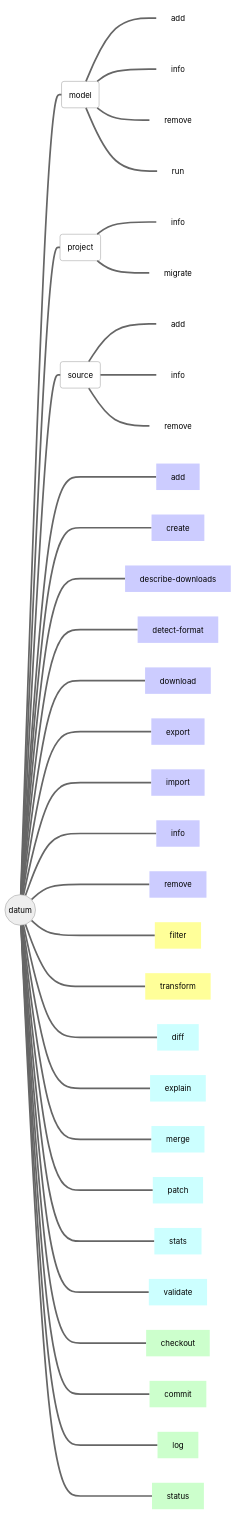
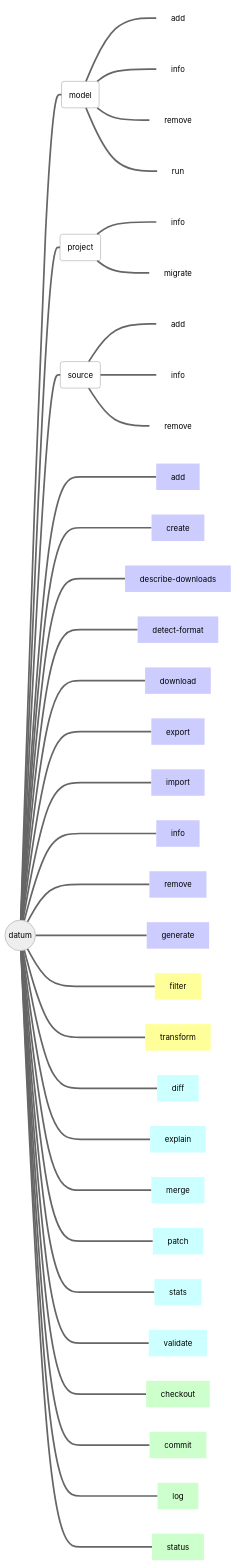
The diagram in site/content/en/docs/user-manual/command-reference/_index.md (openvinotoolkit/datumaro), drawn with Mermaid before and after one commit. The commit also changed 1 other file, not shown here.

````diff
--- a/site/content/en/docs/user-manual/command-reference/_index.md
+++ b/site/content/en/docs/user-manual/command-reference/_index.md
@@ -10,49 +10,50 @@
 ```mermaid
 %%{init { 'theme':'neutral' }}%%
 flowchart LR
   d(("#0009; datum #0009;")):::mainclass
   m(model):::nofillclass
   p(project):::nofillclass
   s(source):::nofillclass
 
   d===m
     m===m_add[add]:::hideclass
     m===m_info[info]:::hideclass
     m===m_remove[remove]:::hideclass
     m===m_run[run]:::hideclass
   d===p
     p===p_info[info]:::hideclass
     p===p_migrate[migrate]:::hideclass
   d===s
     s===s_add[add]:::hideclass
     s===s_info[info]:::hideclass
     s===s_remove[remove]:::hideclass
   d====_add[add]:::filloneclass
   d====_create[create]:::filloneclass
   d====_describe_downloads[describe-downloads]:::filloneclass
   d====_detect_format[detect-format]:::filloneclass
   d====_download[download]:::filloneclass
   d====_export[export]:::filloneclass
   d====_import[import]:::filloneclass
   d====_info[info]:::filloneclass
   d====_remove[remove]:::filloneclass
+  d====_generate[generate]:::filloneclass
   d====_filter[filter]:::filltwoclass
   d====_transform[transform]:::filltwoclass
   d====_diff[diff]:::fillthreeclass
   d====_explain[explain]:::fillthreeclass
   d====_merge[merge]:::fillthreeclass
   d====_patch[patch]:::fillthreeclass
   d====_stats[stats]:::fillthreeclass
   d====_validate[validate]:::fillthreeclass
   d====_checkout[checkout]:::fillfourclass
   d====_commit[commit]:::fillfourclass
   d====_log[log]:::fillfourclass
   d====_status[status]:::fillfourclass
 
   classDef nofillclass fill-opacity:0;
   classDef hideclass fill-opacity:0,stroke-opacity:0;
   classDef filloneclass fill:#CCCCFF,stroke-opacity:0;
   classDef filltwoclass fill:#FFFF99,stroke-opacity:0;
   classDef fillthreeclass fill:#CCFFFF,stroke-opacity:0;
   classDef fillfourclass fill:#CCFFCC,stroke-opacity:0;
 ```
````
